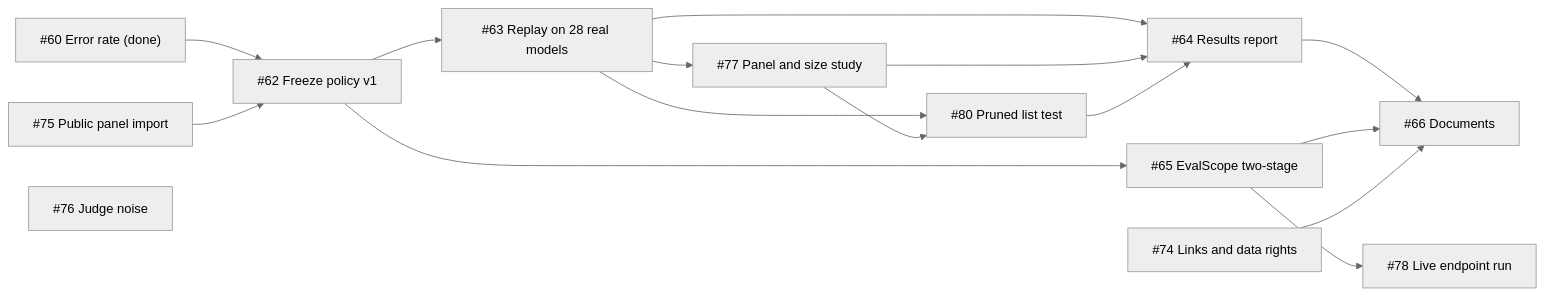
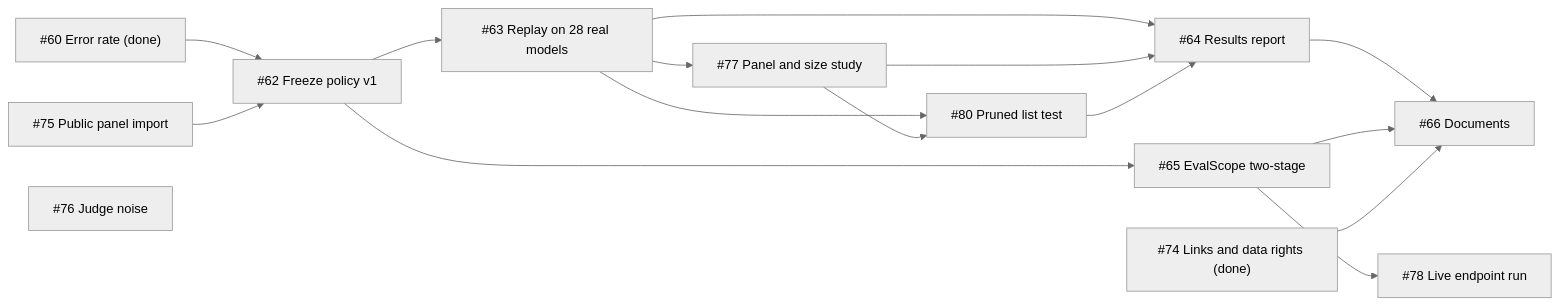
The third of 3 diagrams in README.md (sdv1708/ai-model-benchmark), drawn with Mermaid (neutral theme) before and after one commit. The commit also changed other lines of this file and 3 other files, not shown here.

First line of the commit message:
Make the public links work and record the data rights (#74) (#83)

````diff
--- a/README.md
+++ b/README.md
@@ -633,18 +635,18 @@
 ```mermaid
 flowchart LR
     I60["#60 Error rate (done)"] --> I62["#62 Freeze policy v1"]
     I75["#75 Public panel import"] --> I62
     I62 --> I63["#63 Replay on 28 real models"]
     I62 --> I65["#65 EvalScope two-stage"]
     I63 --> I77["#77 Panel and size study"]
     I63 --> I80["#80 Pruned list test"]
     I77 --> I80
     I65 --> I78["#78 Live endpoint run"]
     I63 --> I64["#64 Results report"]
     I77 --> I64
     I80 --> I64
     I64 --> I66["#66 Documents"]
     I65 --> I66
-    I74["#74 Links and data rights"] --> I66
+    I74["#74 Links and data rights (done)"] --> I66
     I76["#76 Judge noise"]
 ```
````
